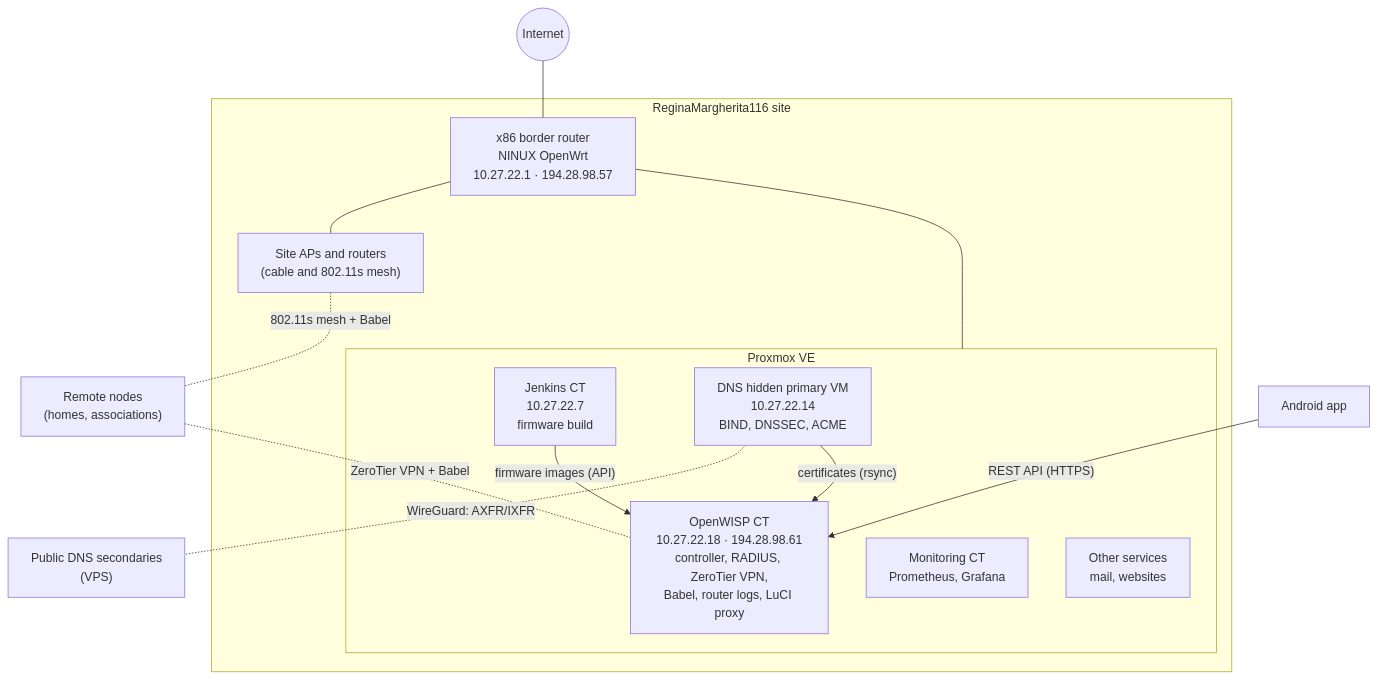
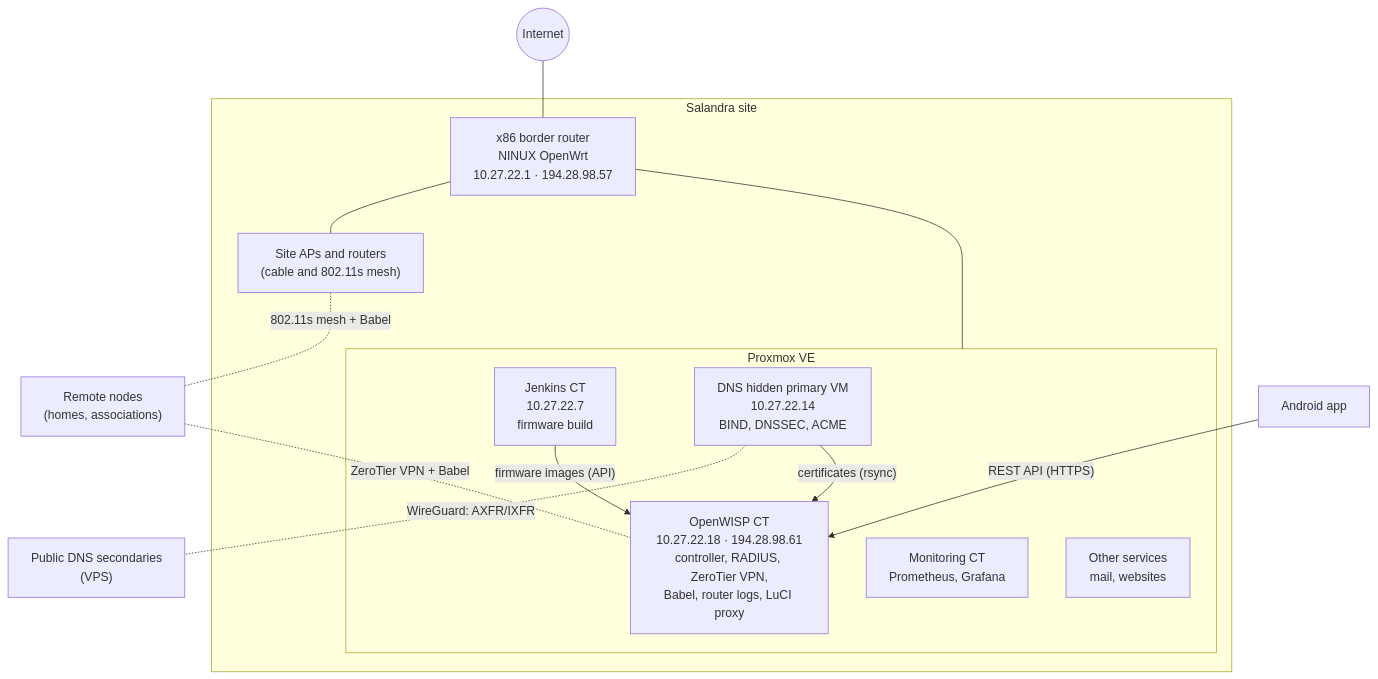
Before and after one commit to mikysal78/ninux-basilicata-infra: the diagram in docs/architettura.en.md, drawn with Mermaid. The commit also changed 2 other files, not shown here.

Commit message:
Architettura: niente indirizzo della sede
Il diagramma dice «Sede di Salandra» invece del nome del router con il
numero civico; nella topology i nodi di Salandra e Matera hanno nomi
neutri (confine, AP 1, AP 2, nodo 1, nodo 2).

````diff
--- a/docs/architettura.en.md
+++ b/docs/architettura.en.md
@@ -5,28 +5,28 @@
 ```mermaid
 flowchart TB
     internet((Internet))
-    subgraph sede["ReginaMargherita116 site"]
+    subgraph sede["Salandra site"]
         confine["x86 border router<br/>NINUX OpenWrt<br/>10.27.22.1 · 194.28.98.57"]
         subgraph pve["Proxmox VE"]
             ow["OpenWISP CT<br/>10.27.22.18 · 194.28.98.61<br/>controller, RADIUS, ZeroTier VPN,<br/>Babel, router logs, LuCI proxy"]
             jenkins["Jenkins CT<br/>10.27.22.7<br/>firmware build"]
             dns["DNS hidden primary VM<br/>10.27.22.14<br/>BIND, DNSSEC, ACME"]
             mon["Monitoring CT<br/>Prometheus, Grafana"]
             altri["Other services<br/>mail, websites"]
         end
         ap["Site APs and routers<br/>(cable and 802.11s mesh)"]
     end
     sec["Public DNS secondaries<br/>(VPS)"]
     remoti["Remote nodes<br/>(homes, associations)"]
     tel["Android app"]
 
     internet --- confine
     confine --- pve
     confine --- ap
     dns -. "WireGuard: AXFR/IXFR" .- sec
     remoti -. "ZeroTier VPN + Babel" .- ow
     ap -. "802.11s mesh + Babel" .- remoti
     jenkins -- "firmware images (API)" --> ow
     dns -- "certificates (rsync)" --> ow
     tel -- "REST API (HTTPS)" --> ow
 ```
````
